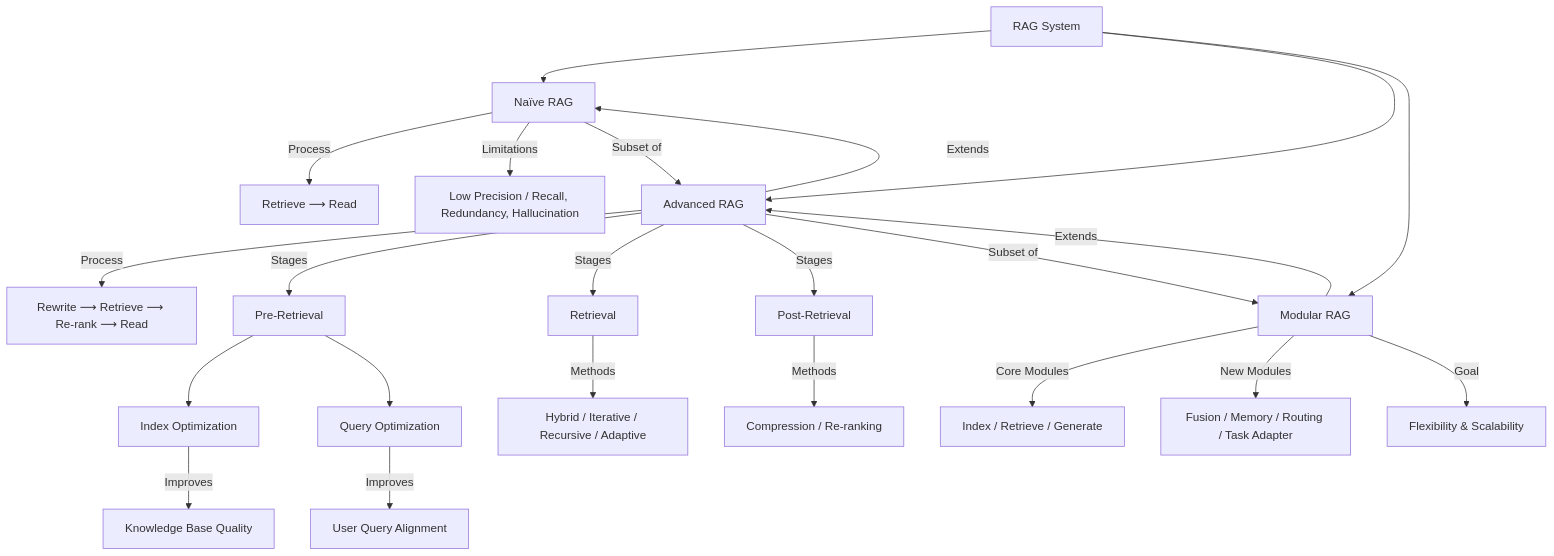
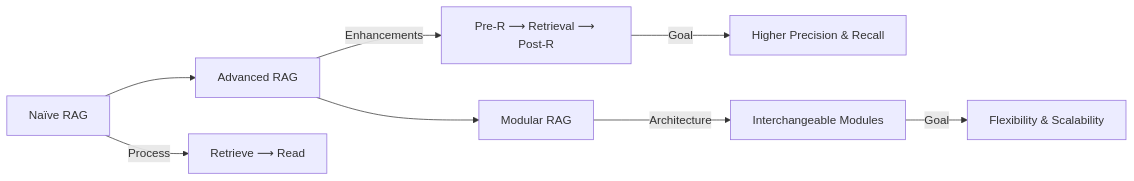
Before and after one commit to SamMusch/ds-garden: the diagram in docs/LLM/06-Adv-Systems.md, drawn with Mermaid. The commit also changed other lines of this file, not shown here.

````diff
--- a/docs/LLM/06-Adv-Systems.md
+++ b/docs/LLM/06-Adv-Systems.md
@@ -7,45 +5,19 @@
 ```mermaid 
 
-graph TD
+graph LR
 
-RAG["RAG System"]
 NR["Naïve RAG"]
 AR["Advanced RAG"]
 MR["Modular RAG"]
 
-RAG --> NR
-RAG --> AR
-RAG --> MR
+NR --> AR --> MR
 
-%% Naïve RAG
-NR -->|Process| NR1["Retrieve ⟶ Read"]
-NR -->|Limitations| NR2["Low Precision / Recall, Redundancy, Hallucination"]
+NR -->|Process| P1["Retrieve ⟶ Read"]
 
-%% Advanced RAG
-AR -->|Extends| NR
-AR -->|Process| AR1["Rewrite ⟶ Retrieve ⟶ Re-rank ⟶ Read"]
-AR -->|Stages| PR["Pre-Retrieval"]
-AR -->|Stages| RT["Retrieval"]
-AR -->|Stages| PO["Post-Retrieval"]
+AR -->|Enhancements| P2["Pre-R ⟶ Retrieval ⟶ Post-R"]
+P2 -->|Goal| G1["Higher Precision & Recall"]
 
-%% Pre-Retrieval
-PR --> IDX["Index Optimization"]
-PR --> QO["Query Optimization"]
-IDX -->|Improves| KB["Knowledge Base Quality"]
-QO -->|Improves| UQ["User Query Alignment"]
-
-%% Retrieval & Post
-RT -->|Methods| R1["Hybrid / Iterative / Recursive / Adaptive"]
-PO -->|Methods| P1["Compression / Re-ranking"]
-
-%% Modular RAG
-MR -->|Extends| AR
-MR -->|Core Modules| CM["Index / Retrieve / Generate"]
-MR -->|New Modules| NM["Fusion / Memory / Routing / Task Adapter"]
-MR -->|Goal| FX["Flexibility & Scalability"]
-
-%% Meta
-NR -->|Subset of| AR
-AR -->|Subset of| MR
+MR -->|Architecture| P3["Interchangeable Modules"]
+P3 -->|Goal| G2["Flexibility & Scalability"]
 
 ```
````
